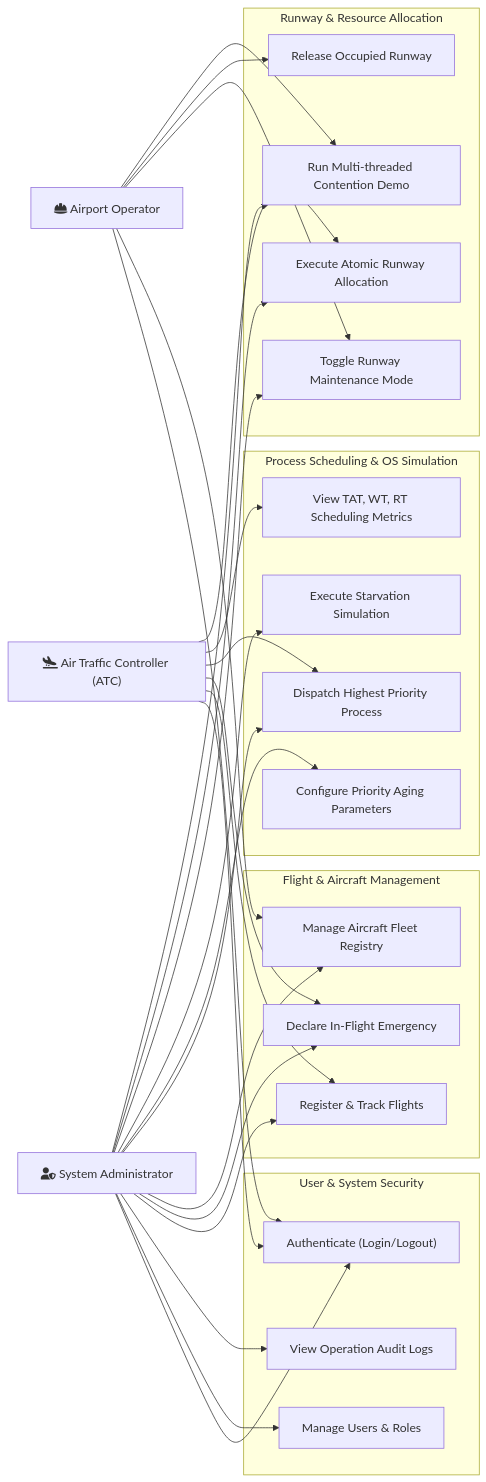
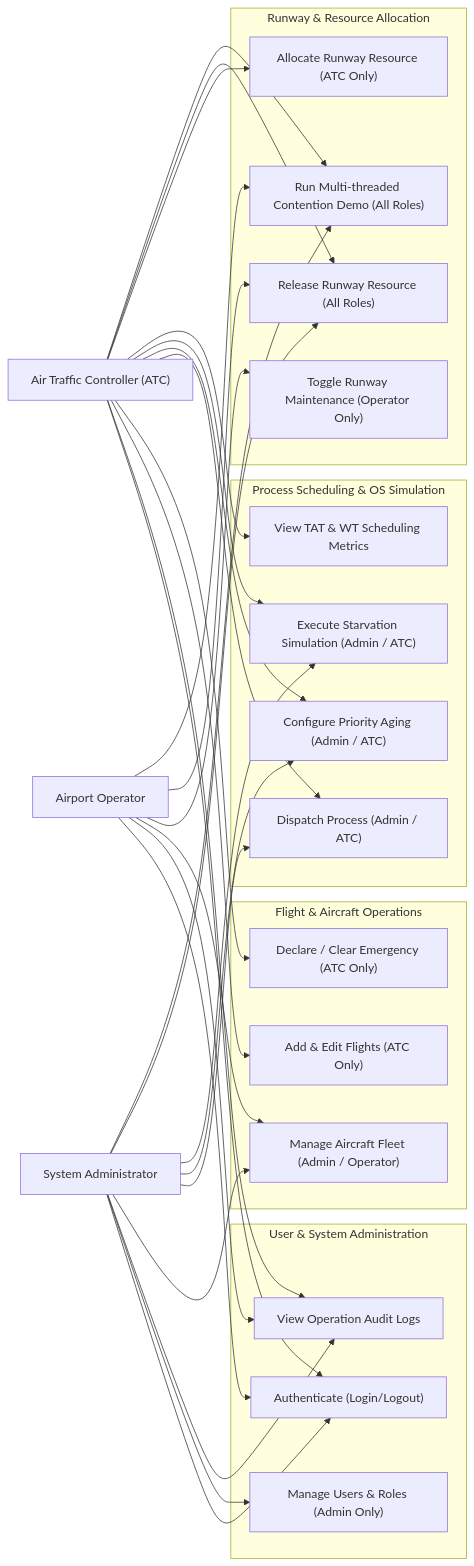
The diagram in docs/diagrams/use_case_diagram.mmd (DhruvPathak12/Airport-Runway-Manager-Resource-Allocation), drawn with Mermaid before and after one commit. The commit also changed 23 other files, not shown here.

Commit message:
docs: correct scheduler and architecture documentation

```diff
--- a/docs/diagrams/use_case_diagram.mmd
+++ b/docs/diagrams/use_case_diagram.mmd
@@ -1,56 +1,59 @@
 flowchart LR
-    Admin["fa:fa-user-shield System Administrator"]
-    ATC["fa:fa-plane-arrival Air Traffic Controller (ATC)"]
-    AirportOps["fa:fa-hard-hat Airport Operator"]
+    Admin["System Administrator"]
+    ATC["Air Traffic Controller (ATC)"]
+    AirportOps["Airport Operator"]
 
-    subgraph User_Management ["User & System Security"]
+    subgraph User_Management ["User & System Administration"]
         UC_Auth["Authenticate (Login/Logout)"]
-        UC_ManageUsers["Manage Users & Roles"]
+        UC_ManageUsers["Manage Users & Roles (Admin Only)"]
         UC_Audit["View Operation Audit Logs"]
     end
 
-    subgraph Flight_Operations ["Flight & Aircraft Management"]
-        UC_FlightCRUD["Register & Track Flights"]
-        UC_DeclareEmerg["Declare In-Flight Emergency"]
-        UC_FleetRegistry["Manage Aircraft Fleet Registry"]
+    subgraph Flight_Operations ["Flight & Aircraft Operations"]
+        UC_FlightCRUD["Add & Edit Flights (ATC Only)"]
+        UC_DeclareEmerg["Declare / Clear Emergency (ATC Only)"]
+        UC_FleetRegistry["Manage Aircraft Fleet (Admin / Operator)"]
     end
 
     subgraph OS_Scheduling ["Process Scheduling & OS Simulation"]
-        UC_Dispatch["Dispatch Highest Priority Process"]
-        UC_ConfigureAging["Configure Priority Aging Parameters"]
-        UC_SimStarvation["Execute Starvation Simulation"]
-        UC_ViewMetrics["View TAT, WT, RT Scheduling Metrics"]
+        UC_Dispatch["Dispatch Process (Admin / ATC)"]
+        UC_ConfigureAging["Configure Priority Aging (Admin / ATC)"]
+        UC_SimStarvation["Execute Starvation Simulation (Admin / ATC)"]
+        UC_ViewMetrics["View TAT & WT Scheduling Metrics"]
     end
 
     subgraph Runway_Infrastructure ["Runway & Resource Allocation"]
-        UC_ToggleMaint["Toggle Runway Maintenance Mode"]
-        UC_AllocateRunway["Execute Atomic Runway Allocation"]
-        UC_ReleaseRunway["Release Occupied Runway"]
-        UC_ThreadDemo["Run Multi-threaded Contention Demo"]
+        UC_ToggleMaint["Toggle Runway Maintenance (Operator Only)"]
+        UC_AllocateRunway["Allocate Runway Resource (ATC Only)"]
+        UC_ReleaseRunway["Release Runway Resource (All Roles)"]
+        UC_ThreadDemo["Run Multi-threaded Contention Demo (All Roles)"]
     end
 
     Admin --> UC_Auth
     Admin --> UC_ManageUsers
     Admin --> UC_Audit
-    Admin --> UC_FlightCRUD
-    Admin --> UC_DeclareEmerg
     Admin --> UC_FleetRegistry
     Admin --> UC_Dispatch
     Admin --> UC_ConfigureAging
     Admin --> UC_SimStarvation
-    Admin --> UC_ToggleMaint
-    Admin --> UC_AllocateRunway
+    Admin --> UC_ReleaseRunway
     Admin --> UC_ThreadDemo
 
     ATC --> UC_Auth
+    ATC --> UC_Audit
     ATC --> UC_FlightCRUD
     ATC --> UC_DeclareEmerg
     ATC --> UC_Dispatch
+    ATC --> UC_ConfigureAging
+    ATC --> UC_SimStarvation
     ATC --> UC_ViewMetrics
     ATC --> UC_AllocateRunway
+    ATC --> UC_ReleaseRunway
+    ATC --> UC_ThreadDemo
 
     AirportOps --> UC_Auth
+    AirportOps --> UC_Audit
     AirportOps --> UC_FleetRegistry
     AirportOps --> UC_ToggleMaint
     AirportOps --> UC_ReleaseRunway
     AirportOps --> UC_ThreadDemo
```
